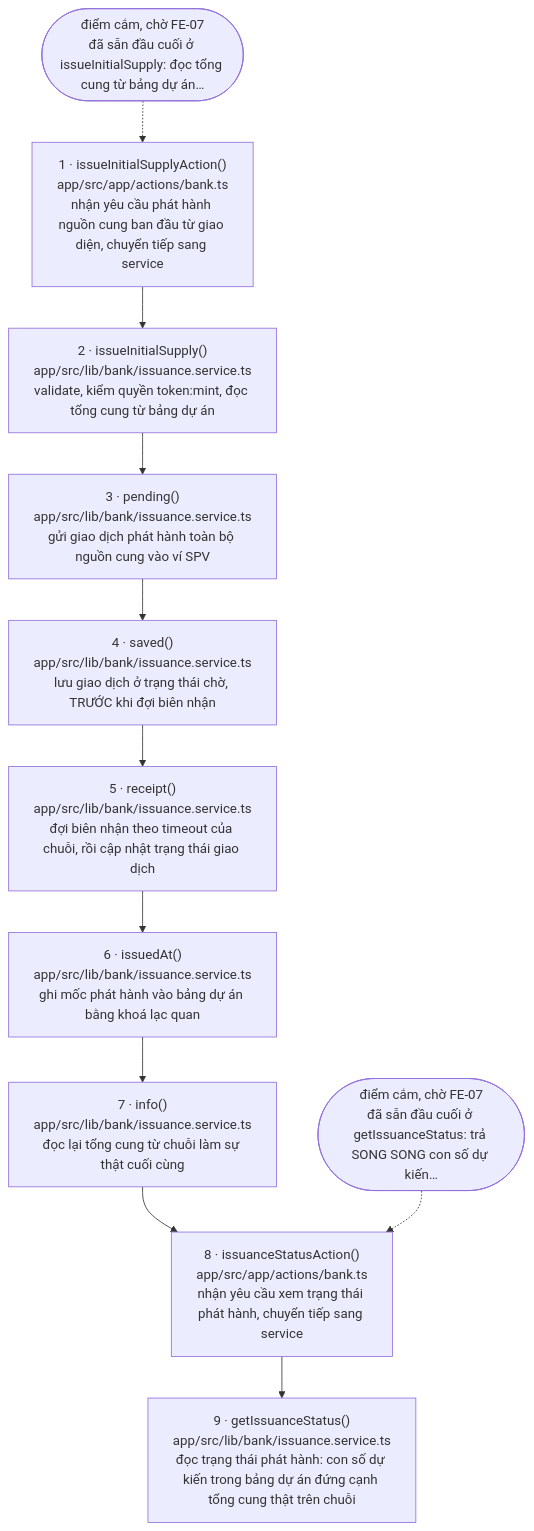
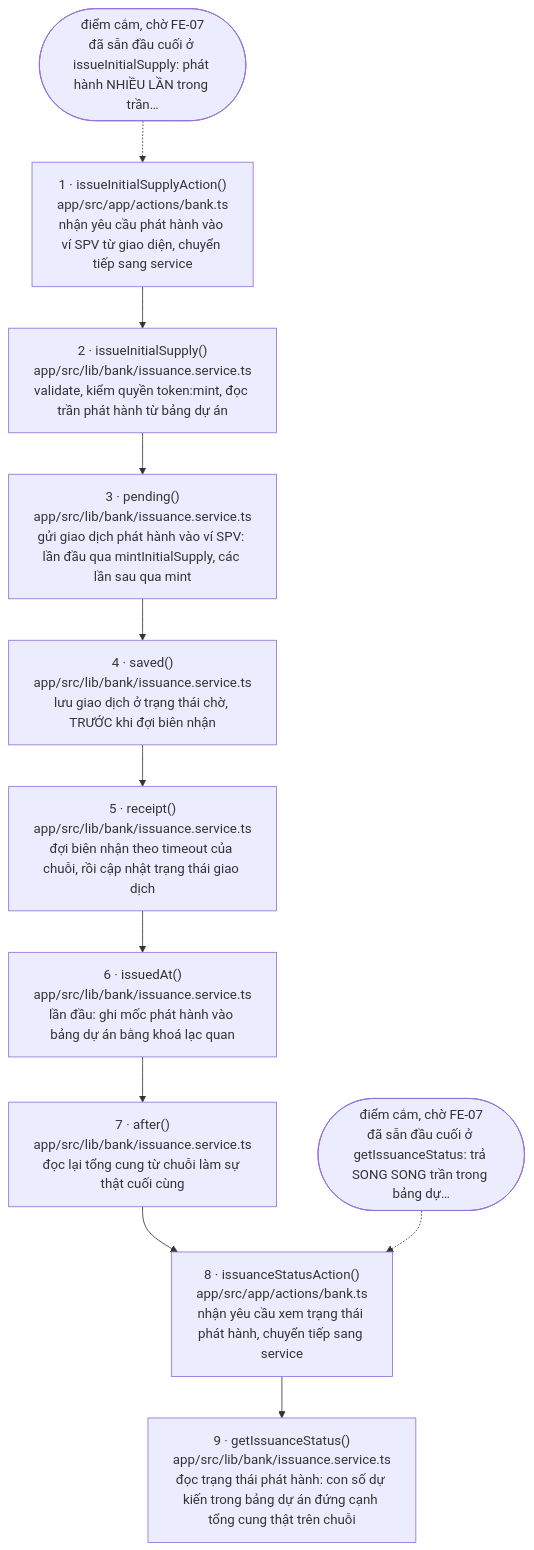
Before and after one commit to tuannino/bidv-rwa-tokenize: the diagram in docs/flows/issue.md, drawn with Mermaid. The commit also changed other lines of this file and 8 other files, not shown here.

Commit message:
feat(be-12): số việc đang chờ đếm thật theo vai, gỡ điểm cắm FE-20; sửa chữ trang chỗ trống cho khớp backend đã sẵn

````diff
--- a/docs/flows/issue.md
+++ b/docs/flows/issue.md
@@ -20,24 +20,24 @@
 ```mermaid
 flowchart TD
-  s1["1 · issueInitialSupplyAction()<br/>app/src/app/actions/bank.ts<br/>nhận yêu cầu phát hành nguồn cung ban đầu từ giao diện, chuyển tiếp sang service"]
-  s2["2 · issueInitialSupply()<br/>app/src/lib/bank/issuance.service.ts<br/>validate, kiểm quyền token:mint, đọc tổng cung từ bảng dự án"]
-  s3["3 · pending()<br/>app/src/lib/bank/issuance.service.ts<br/>gửi giao dịch phát hành toàn bộ nguồn cung vào ví SPV"]
+  s1["1 · issueInitialSupplyAction()<br/>app/src/app/actions/bank.ts<br/>nhận yêu cầu phát hành vào ví SPV từ giao diện, chuyển tiếp sang service"]
+  s2["2 · issueInitialSupply()<br/>app/src/lib/bank/issuance.service.ts<br/>validate, kiểm quyền token:mint, đọc trần phát hành từ bảng dự án"]
+  s3["3 · pending()<br/>app/src/lib/bank/issuance.service.ts<br/>gửi giao dịch phát hành vào ví SPV: lần đầu qua mintInitialSupply, các lần sau qua mint"]
   s4["4 · saved()<br/>app/src/lib/bank/issuance.service.ts<br/>lưu giao dịch ở trạng thái chờ, TRƯỚC khi đợi biên nhận"]
   s5["5 · receipt()<br/>app/src/lib/bank/issuance.service.ts<br/>đợi biên nhận theo timeout của chuỗi, rồi cập nhật trạng thái giao dịch"]
-  s6["6 · issuedAt()<br/>app/src/lib/bank/issuance.service.ts<br/>ghi mốc phát hành vào bảng dự án bằng khoá lạc quan"]
-  s7["7 · info()<br/>app/src/lib/bank/issuance.service.ts<br/>đọc lại tổng cung từ chuỗi làm sự thật cuối cùng"]
+  s6["6 · issuedAt()<br/>app/src/lib/bank/issuance.service.ts<br/>lần đầu: ghi mốc phát hành vào bảng dự án bằng khoá lạc quan"]
+  s7["7 · after()<br/>app/src/lib/bank/issuance.service.ts<br/>đọc lại tổng cung từ chuỗi làm sự thật cuối cùng"]
   s8["8 · issuanceStatusAction()<br/>app/src/app/actions/bank.ts<br/>nhận yêu cầu xem trạng thái phát hành, chuyển tiếp sang service"]
   s9["9 · getIssuanceStatus()<br/>app/src/lib/bank/issuance.service.ts<br/>đọc trạng thái phát hành: con số dự kiến trong bảng dự án đứng cạnh tổng cung thật trên chuỗi"]
-  w1(["điểm cắm, chờ FE-07<br/>đã sẵn đầu cuối ở issueInitialSupply: đọc tổng cung từ bảng dự án…"])
-  w2(["điểm cắm, chờ FE-07<br/>đã sẵn đầu cuối ở getIssuanceStatus: trả SONG SONG con số dự kiến…"])
+  w1(["điểm cắm, chờ FE-07<br/>đã sẵn đầu cuối ở issueInitialSupply: phát hành NHIỀU LẦN trong trần…"])
+  w2(["điểm cắm, chờ FE-07<br/>đã sẵn đầu cuối ở getIssuanceStatus: trả SONG SONG trần trong bảng dự…"])
   s1 --> s2
   s2 --> s3
   s3 --> s4
   s4 --> s5
   s5 --> s6
   s6 --> s7
   s7 --> s8
   s8 --> s9
   w1 -.-> s1
   w2 -.-> s8
 ```
````
